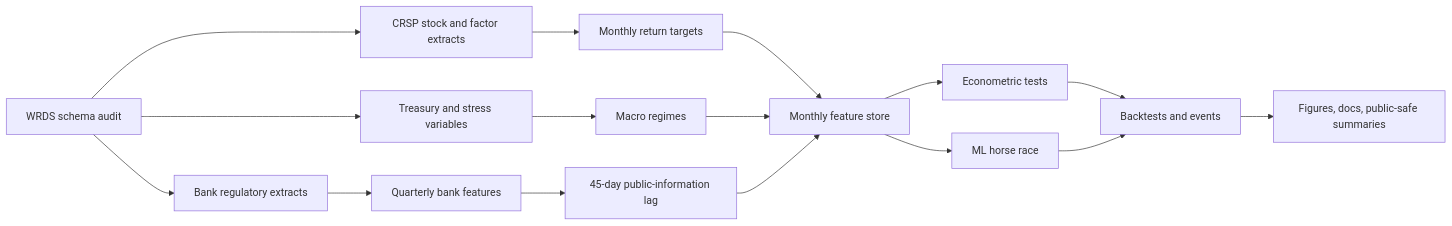
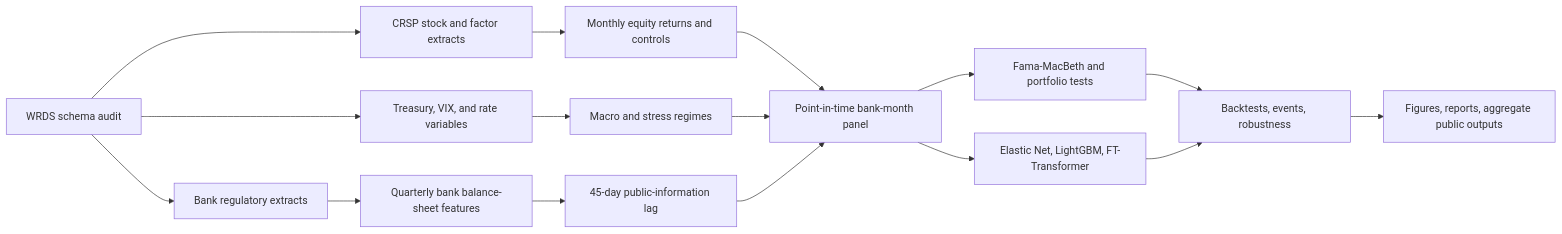
The diagram in README.md (NimaTaheri1378/deposit-franchise-and-duration-gap-in-bank-equity-asset-pricing), drawn with Mermaid before and after one commit. The commit also changed other lines of this file and 5 other files, not shown here.

````diff
--- a/README.md
+++ b/README.md
@@ -50,18 +58,18 @@
 ```mermaid
 flowchart LR
     A[WRDS schema audit] --> B[Bank regulatory extracts]
     A --> C[CRSP stock and factor extracts]
-    A --> D[Treasury and stress variables]
-    B --> E[Quarterly bank features]
-    C --> F[Monthly return targets]
-    D --> G[Macro regimes]
+    A --> D[Treasury, VIX, and rate variables]
+    B --> E[Quarterly bank balance-sheet features]
+    C --> F[Monthly equity returns and controls]
+    D --> G[Macro and stress regimes]
     E --> H[45-day public-information lag]
-    F --> K[Monthly feature store]
+    F --> K[Point-in-time bank-month panel]
     G --> K
     H --> K
-    K --> L[Econometric tests]
-    K --> M[ML horse race]
-    L --> N[Backtests and events]
+    K --> L[Fama-MacBeth and portfolio tests]
+    K --> M[Elastic Net, LightGBM, FT-Transformer]
+    L --> N[Backtests, events, robustness]
     M --> N
-    N --> O[Figures, docs, public-safe summaries]
+    N --> O[Figures, reports, aggregate public outputs]
 ```
````
